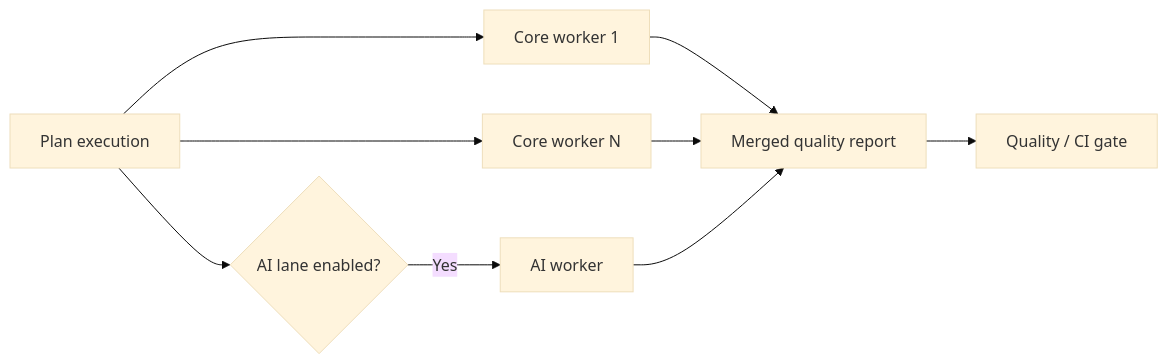
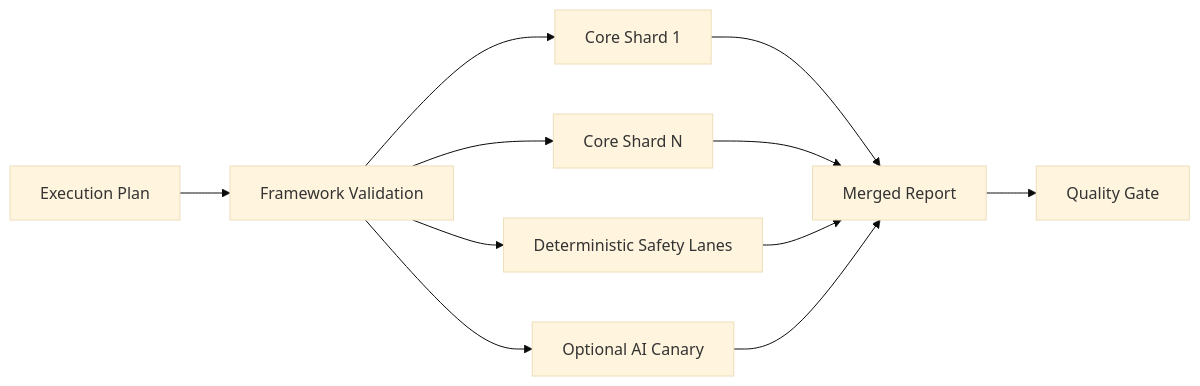
The third of 3 diagrams in README.md (raushan-raj-ai-engineer/testigent-ai), drawn with Mermaid (base theme) before and after one commit. The commit also changed other lines of this file and 5 other files, not shown here.

````diff
--- a/README.md
+++ b/README.md
@@ -1022,11 +467,13 @@
 ```mermaid
 flowchart LR
-    P[Plan execution] --> C1[Core worker 1]
-    P --> C2[Core worker N]
-    P --> AI{AI lane enabled?}
-    AI -- Yes --> A[AI worker]
-    C1 --> M[Merged quality report]
+    P[Execution Plan] --> V[Framework Validation]
+    V --> C1[Core Shard 1]
+    V --> C2[Core Shard N]
+    V --> DS[Deterministic Safety Lanes]
+    V --> AI[Optional AI Canary]
+    C1 --> M[Merged Report]
     C2 --> M
-    A --> M
-    M --> G[Quality / CI gate]
+    DS --> M
+    AI --> M
+    M --> G[Quality Gate]
 ```
````
